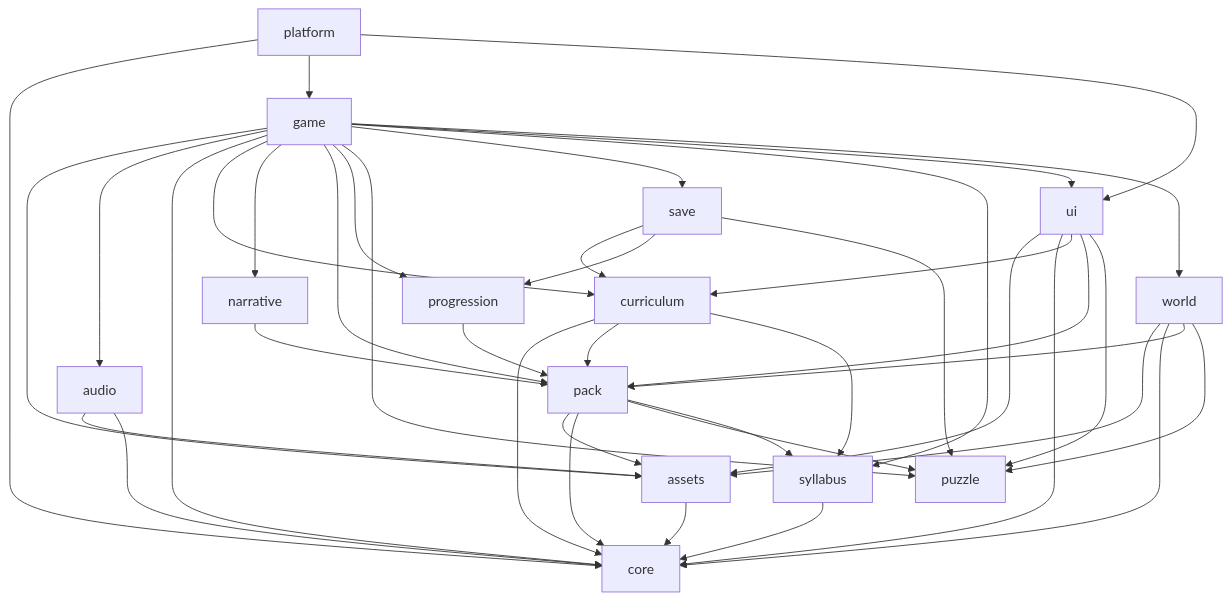
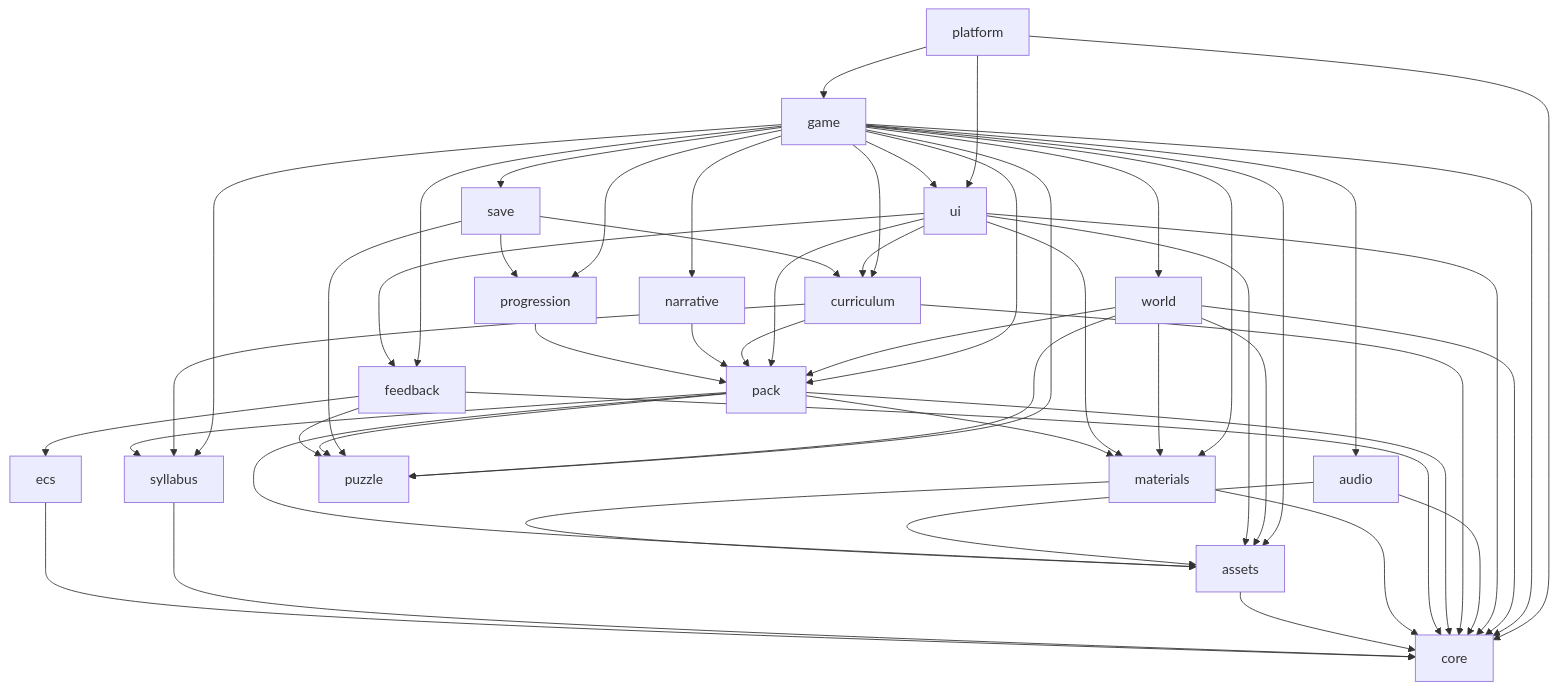
One commit to Snorre98/shrinkonauts changed the diagram in docs/puzzle-engine/contracts/module-boundaries.md. Above: the diagram before and after it, drawn with Mermaid. The commit also changed other lines of this file and 200 other files, not shown here.

````diff
--- a/docs/puzzle-engine/contracts/module-boundaries.md
+++ b/docs/puzzle-engine/contracts/module-boundaries.md
@@ -57,45 +103,56 @@
 ```mermaid
 flowchart TB
     core[core]
+    ecs[ecs] --> core
     syllabus[syllabus] --> core
     assets[assets] --> core
+    materials[materials] --> assets
+    materials --> core
     puzzle[puzzle]
+    feedback[feedback] --> core
+    feedback --> ecs
+    feedback --> puzzle
     pack[pack] --> assets
     pack --> core
+    pack --> materials
     pack --> puzzle
     pack --> syllabus
     progression[progression] --> pack
     narrative[narrative] --> pack
     curriculum[curriculum] --> core
     curriculum --> pack
     curriculum --> syllabus
     save[save] --> curriculum
     save --> progression
     save --> puzzle
     audio[audio] --> assets
     audio --> core
     ui[ui] --> assets
     ui --> core
     ui --> curriculum
+    ui --> feedback
+    ui --> materials
     ui --> pack
-    ui --> puzzle
     world[world] --> assets
     world --> core
+    world --> materials
     world --> pack
     world --> puzzle
     game[game] --> assets
     game --> audio
     game --> core
     game --> curriculum
+    game --> feedback
+    game --> materials
     game --> narrative
     game --> pack
     game --> progression
     game --> puzzle
     game --> save
     game --> syllabus
     game --> ui
     game --> world
     platform[platform] --> core
     platform --> game
     platform --> ui
 ```
````
